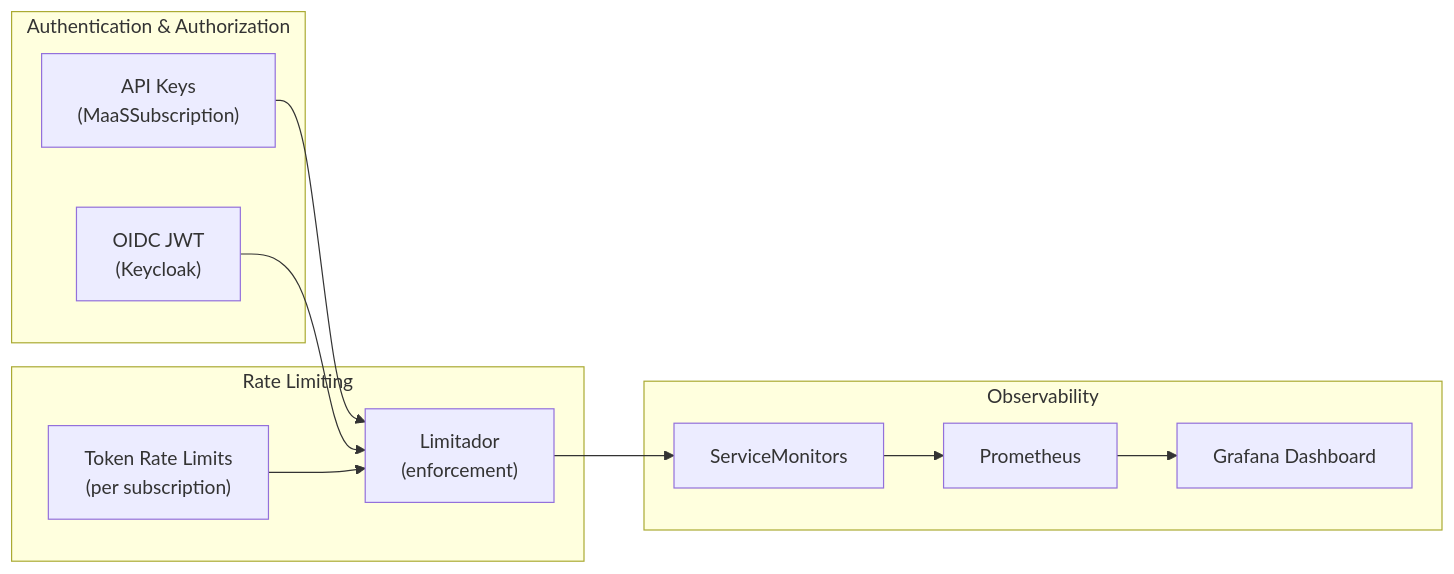
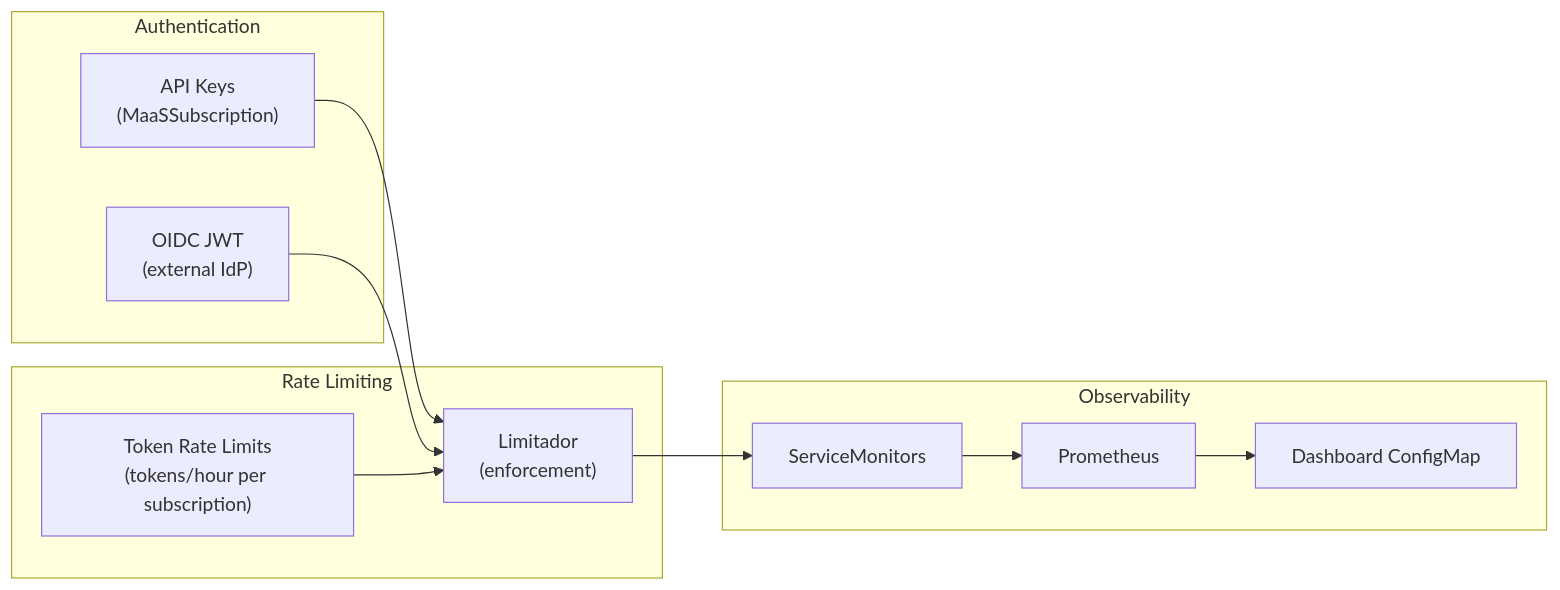
Before and after one commit to rrbanda/maas-demo: the third of 3 diagrams in README.md, drawn with Mermaid. The commit also changed other lines of this file and 3 other files, not shown here.

````diff
--- a/README.md
+++ b/README.md
@@ -76,25 +75,25 @@
 ```mermaid
 flowchart LR
-    subgraph AuthZ["Authentication & Authorization"]
+    subgraph AuthZ["Authentication"]
         AK["API Keys<br/>(MaaSSubscription)"]
-        OIDC["OIDC JWT<br/>(Keycloak)"]
+        OIDC["OIDC JWT<br/>(external IdP)"]
     end
 
     subgraph RL["Rate Limiting"]
-        TPM["Token Rate Limits<br/>(per subscription)"]
+        TRL["Token Rate Limits<br/>(tokens/hour per subscription)"]
         LIM["Limitador<br/>(enforcement)"]
     end
 
     subgraph OBS["Observability"]
         SM["ServiceMonitors"]
-        DASH["Grafana Dashboard"]
         PROM["Prometheus"]
+        DASH["Dashboard ConfigMap"]
     end
 
     AK --> LIM
     OIDC --> LIM
-    TPM --> LIM
+    TRL --> LIM
     LIM --> SM
     SM --> PROM
     PROM --> DASH
 ```
````
